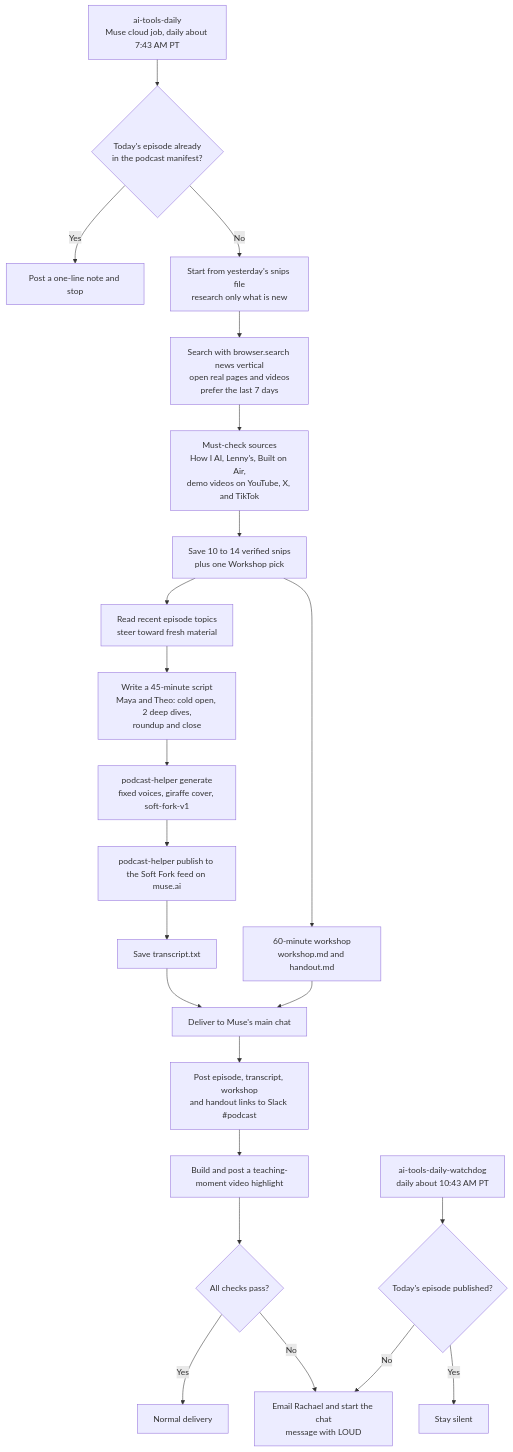
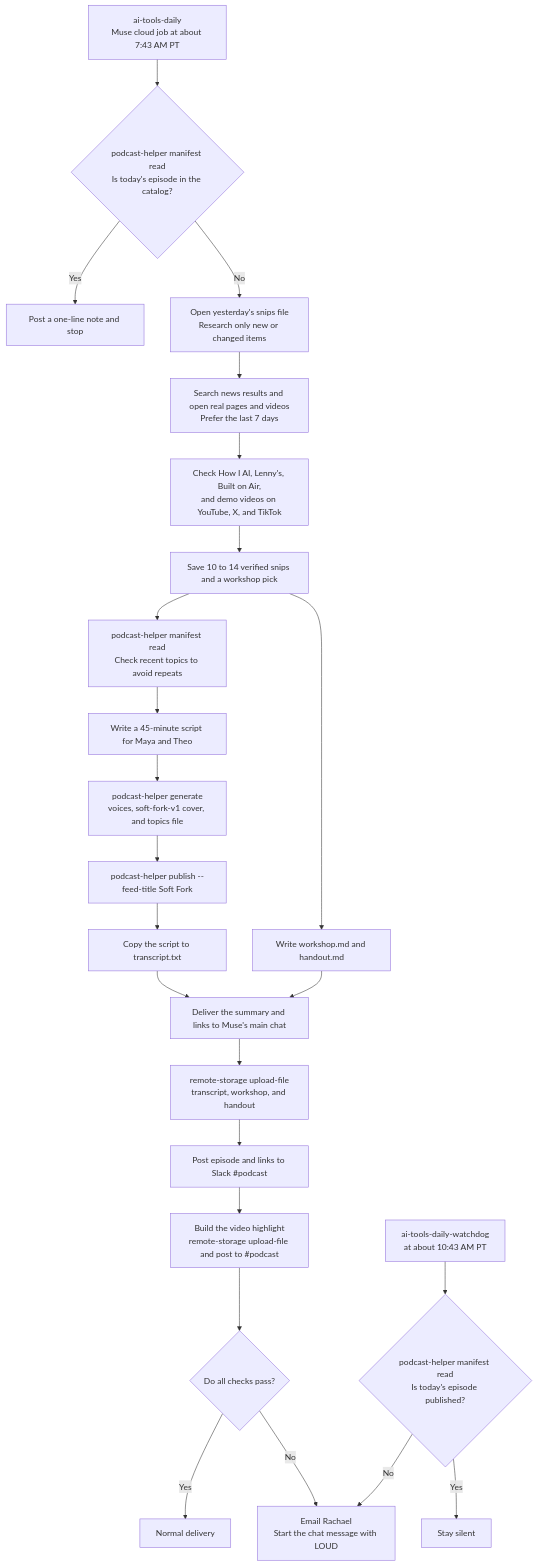
The diagram in docs/workflow.md (RachaelQuisel/soft-fork), drawn with Mermaid before and after one commit. The commit also changed other lines of this file and 4 other files, not shown here.

Commit message:
Add tool reference, telemetry helper, feed cover and subscribe link; align docs

````diff
--- a/docs/workflow.md
+++ b/docs/workflow.md
@@ -5,25 +5,26 @@
 ```mermaid
 flowchart TD
-    A[ai-tools-daily<br/>Muse cloud job, daily about 7:43 AM PT] --> B{Today's episode already<br/>in the podcast manifest?}
+    A[ai-tools-daily<br/>Muse cloud job at about 7:43 AM PT] --> B{podcast-helper manifest read<br/>Is today's episode in the catalog?}
     B -- Yes --> Z[Post a one-line note and stop]
-    B -- No --> C[Start from yesterday's snips file<br/>research only what is new]
-    C --> D[Search with browser.search news vertical<br/>open real pages and videos<br/>prefer the last 7 days]
-    D --> E[Must-check sources<br/>How I AI, Lenny's, Built on Air,<br/>demo videos on YouTube, X, and TikTok]
-    E --> F[Save 10 to 14 verified snips<br/>plus one Workshop pick]
-    F --> G[Read recent episode topics<br/>steer toward fresh material]
-    G --> H[Write a 45-minute script<br/>Maya and Theo: cold open, 2 deep dives,<br/>roundup and close]
-    H --> I[podcast-helper generate<br/>fixed voices, giraffe cover, soft-fork-v1]
-    I --> J[podcast-helper publish to the Soft Fork feed on muse.ai]
-    J --> K[Save transcript.txt]
-    F --> L[60-minute workshop<br/>workshop.md and handout.md]
-    K --> M[Deliver to Muse's main chat]
+    B -- No --> C[Open yesterday's snips file<br/>Research only new or changed items]
+    C --> D[Search news results and open real pages and videos<br/>Prefer the last 7 days]
+    D --> E[Check How I AI, Lenny's, Built on Air,<br/>and demo videos on YouTube, X, and TikTok]
+    E --> F[Save 10 to 14 verified snips and a workshop pick]
+    F --> G[podcast-helper manifest read<br/>Check recent topics to avoid repeats]
+    G --> H[Write a 45-minute script for Maya and Theo]
+    H --> I[podcast-helper generate<br/>voices, soft-fork-v1 cover, and topics file]
+    I --> J[podcast-helper publish --feed-title Soft Fork]
+    J --> K[Copy the script to transcript.txt]
+    F --> L[Write workshop.md and handout.md]
+    K --> M[Deliver the summary and links to Muse's main chat]
     L --> M
-    M --> N[Post episode, transcript, workshop<br/>and handout links to Slack #podcast]
-    N --> O[Build and post a teaching-moment video highlight]
-    O --> P{All checks pass?}
-    P -- Yes --> Q[Normal delivery]
-    P -- No --> R[Email Rachael and start the chat<br/>message with LOUD]
-    S[ai-tools-daily-watchdog<br/>daily about 10:43 AM PT] --> T{Today's episode published?}
-    T -- Yes --> U[Stay silent]
-    T -- No --> R
+    M --> N[remote-storage upload-file<br/>transcript, workshop, and handout]
+    N --> O[Post episode and links to Slack #podcast]
+    O --> P[Build the video highlight<br/>remote-storage upload-file and post to #podcast]
+    P --> Q{Do all checks pass?}
+    Q -- Yes --> R[Normal delivery]
+    Q -- No --> S[Email Rachael<br/>Start the chat message with LOUD]
+    T[ai-tools-daily-watchdog<br/>at about 10:43 AM PT] --> U{podcast-helper manifest read<br/>Is today's episode published?}
+    U -- Yes --> V[Stay silent]
+    U -- No --> S
 ```
````
